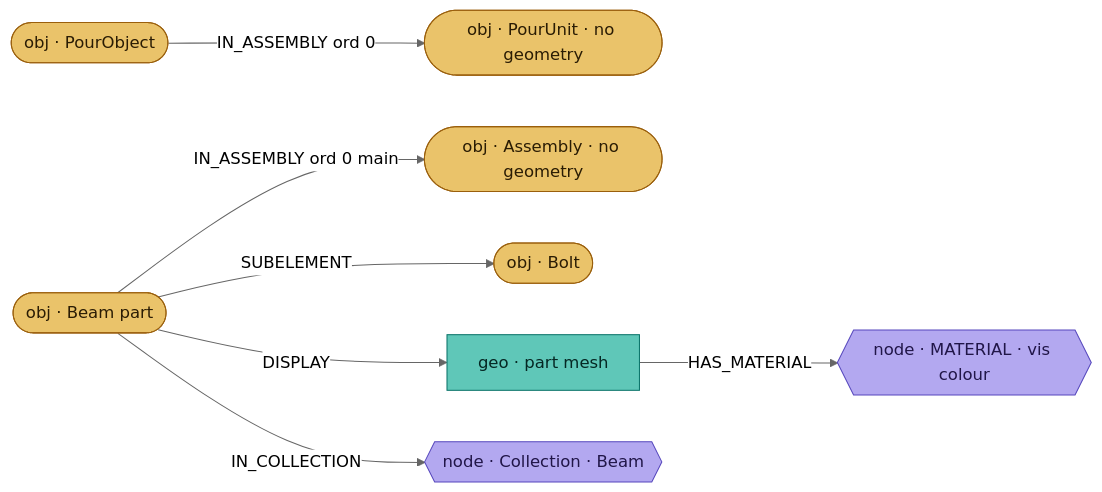
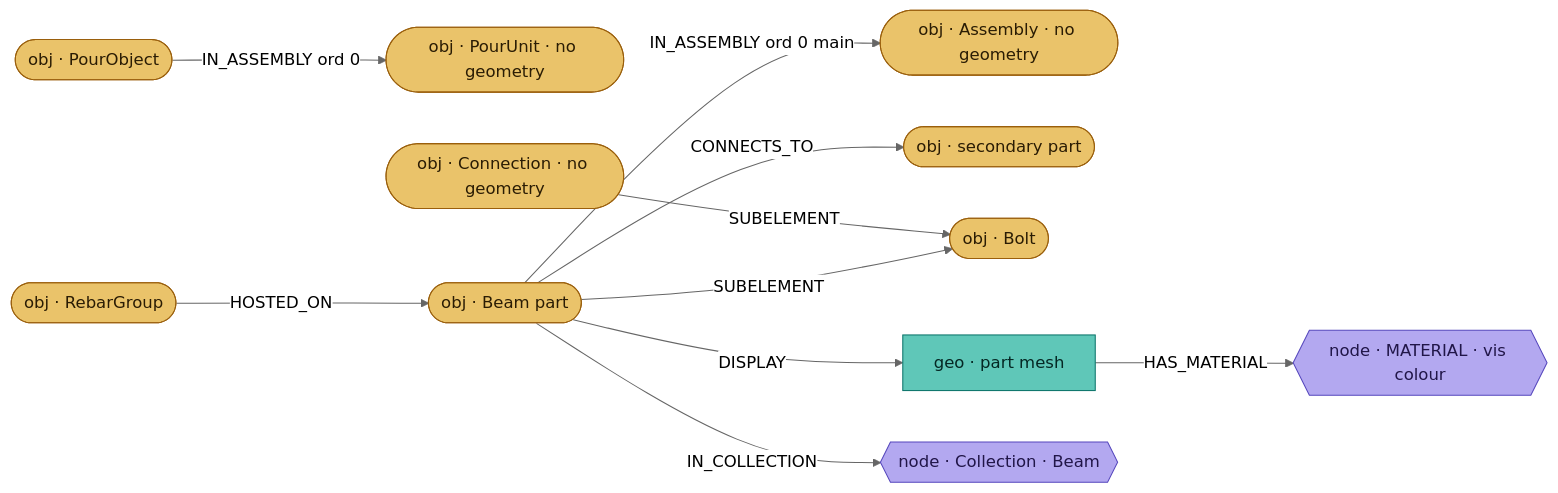
Before and after one commit to specklesystems/speckle-sharp-connectors: diagram 15 of 19 in docs/connector-relations.md, drawn with Mermaid (neutral theme). The commit also changed other lines of this file and 4 other files, not shown here.

Commit message:
feat(tekla): rebar HOSTED_ON, components and splices as objects with CONNECTS_TO (ENG-11152)

````diff
--- a/docs/connector-relations.md
+++ b/docs/connector-relations.md
@@ -484,20 +484,26 @@
 ```mermaid
 graph LR
   AS([obj · Assembly · no geometry]):::obj
   PU([obj · PourUnit · no geometry]):::obj
   PO([obj · PourObject]):::obj
+  CN([obj · Connection · no geometry]):::obj
   PT([obj · Beam part]):::obj
+  P2([obj · secondary part]):::obj
   BO([obj · Bolt]):::obj
+  RB([obj · RebarGroup]):::obj
   M[geo · part mesh]:::geo
   MAT{{node · MATERIAL · vis colour}}:::nd
   COL{{node · Collection · Beam}}:::nd
   PT -->|IN_ASSEMBLY ord 0 main| AS
   PO -->|IN_ASSEMBLY ord 0| PU
+  PT -->|CONNECTS_TO| P2
+  CN -->|SUBELEMENT| BO
+  RB -->|HOSTED_ON| PT
   PT -->|SUBELEMENT| BO
   PT -->|DISPLAY| M
   M -->|HAS_MATERIAL| MAT
   PT -->|IN_COLLECTION| COL
   classDef obj fill:#eac36a,stroke:#9a5f0c,color:#2a1c04;
   classDef geo fill:#5fc7b8,stroke:#0a7369,color:#052723;
   classDef nd fill:#b3a8f0,stroke:#5647bd,color:#211648;
 ```
````
